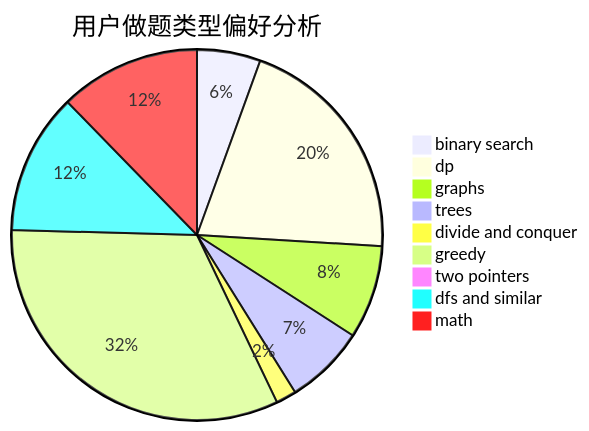
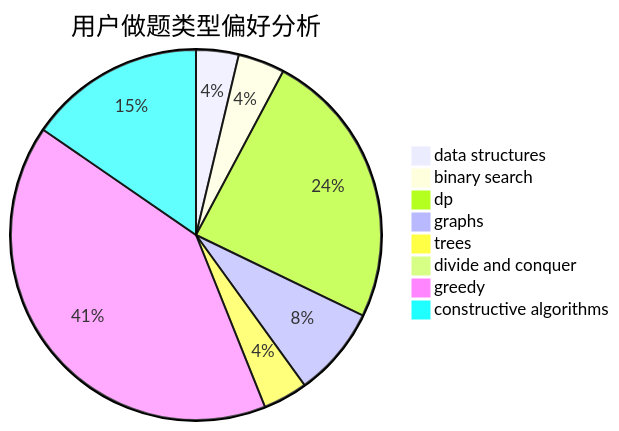
Before and after one commit to sherpahu/cfrs.github.io: the second of 3 diagrams in docs/user/u2081.md, drawn with Mermaid. The commit also changed other lines of this file and 2775 other files, not shown here.

````diff
--- a/docs/user/u2081.md
+++ b/docs/user/u2081.md
@@ -23,12 +23,11 @@
 ```mermaid
 pie title 用户做题类型偏好分析
-    "binary search" :  87
-    "dp" :  321
-    "graphs" :  128
-    "trees" :  110
-    "divide and conquer" :  28
-    "greedy" :  511
-    "two pointers" :  10
-    "dfs and similar" :  193
-    "math" :  193
+    "data structures" :  41
+    "binary search" :  45
+    "dp" :  269
+    "graphs" :  87
+    "trees" :  43
+    "divide and conquer" :  2
+    "greedy" :  449
+    "constructive algorithms" :  170
 ```
````
